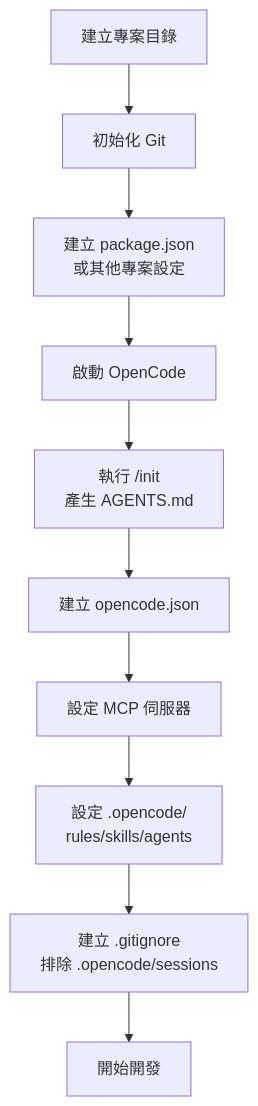
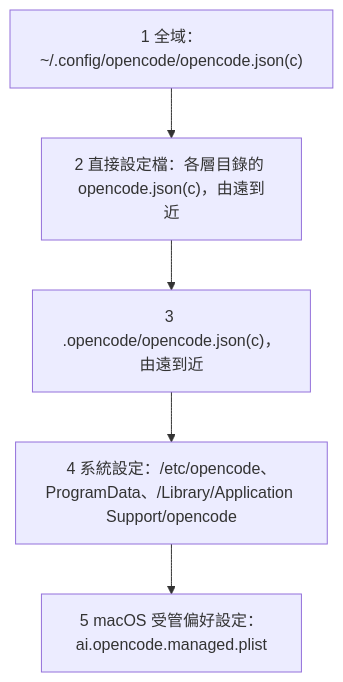
Before and after one commit to chihhung/Blog: the fourth of 13 diagrams in content/posts/教學/AI開發/opencode生態系教學手冊.md, drawn with Mermaid. The commit also changed other lines of this file and 4 other files, not shown here.

````diff
--- a/content/posts/教學/AI開發/opencode生態系教學手冊.md
+++ b/content/posts/教學/AI開發/opencode生態系教學手冊.md
@@ -2044,12 +1191,7 @@
 ```mermaid
-graph TB
-    A["建立專案目錄"] --> B["初始化 Git"]
-    B --> C["建立 package.json<br/>或其他專案設定"]
-    C --> D["啟動 OpenCode"]
-    D --> E["執行 /init<br/>產生 AGENTS.md"]
-    E --> F["建立 opencode.json"]
-    F --> G["設定 MCP 伺服器"]
-    G --> H["設定 .opencode/<br/>rules/skills/agents"]
-    H --> I["建立 .gitignore<br/>排除 .opencode/sessions"]
-    I --> J["開始開發"]
+flowchart TB
+    A["1 全域：~/.config/opencode/opencode.json(c)"] --> B["2 直接設定檔：各層目錄的 opencode.json(c)，由遠到近"]
+    B --> C["3 .opencode/opencode.json(c)，由遠到近"]
+    C --> D["4 系統設定：/etc/opencode、ProgramData、/Library/Application Support/opencode"]
+    D --> E["5 macOS 受管偏好設定：ai.opencode.managed.plist"]
 ```
````
